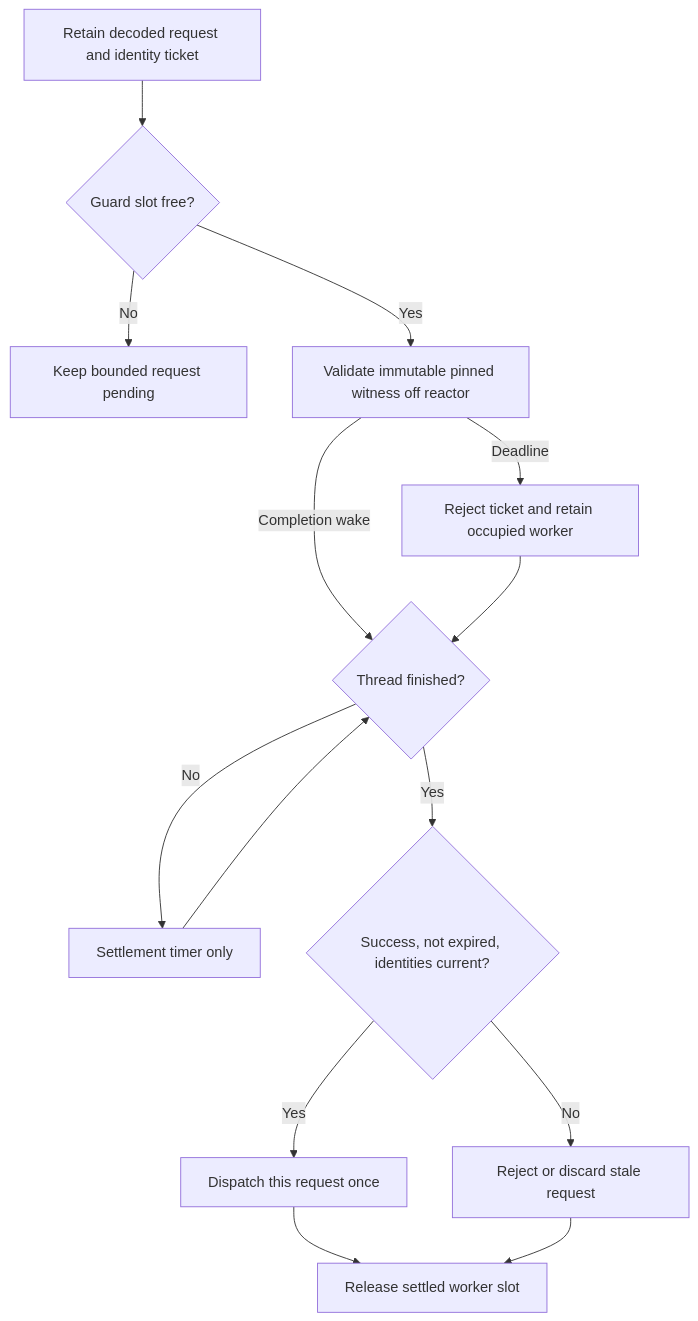
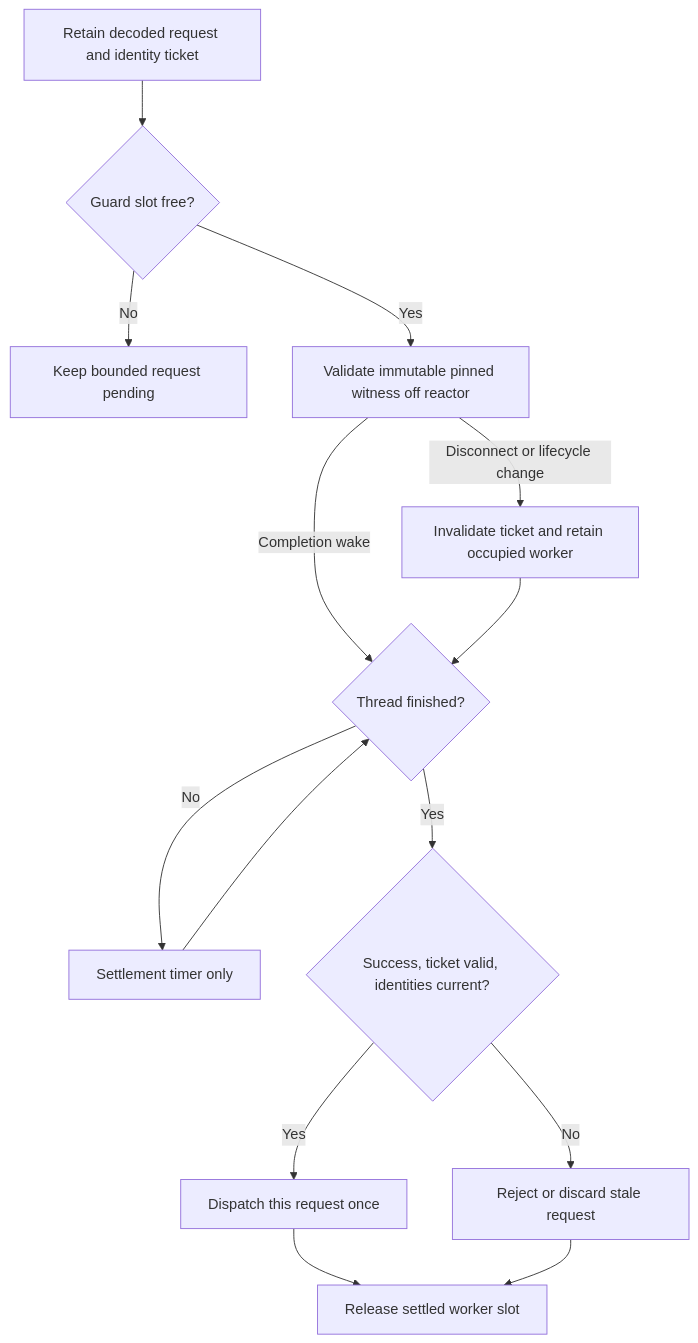
Before and after one commit to pidster/asura: the third of 6 diagrams in docs/designs/event-routing.md, drawn with Mermaid. The commit also changed other lines of this file and 39 other files, not shown here.

````diff
--- a/docs/designs/event-routing.md
+++ b/docs/designs/event-routing.md
@@ -236,16 +256,16 @@
 ```mermaid
 flowchart TD
     Request[Retain decoded request and identity ticket] --> Slot{Guard slot free?}
     Slot -->|No| Wait[Keep bounded request pending]
     Slot -->|Yes| Worker[Validate immutable pinned witness off reactor]
-    Worker -->|Deadline| Reject[Reject ticket and retain occupied worker]
+    Worker -->|Disconnect or lifecycle change| Reject[Invalidate ticket and retain occupied worker]
     Worker -->|Completion wake| Finish{Thread finished?}
     Finish -->|No| Timer[Settlement timer only]
     Timer --> Finish
-    Finish -->|Yes| Check{Success, not expired, identities current?}
+    Finish -->|Yes| Check{Success, ticket valid, identities current?}
     Check -->|Yes| Dispatch[Dispatch this request once]
     Check -->|No| Discard[Reject or discard stale request]
     Reject --> Finish
     Dispatch --> Release[Release settled worker slot]
     Discard --> Release
 ```
````
